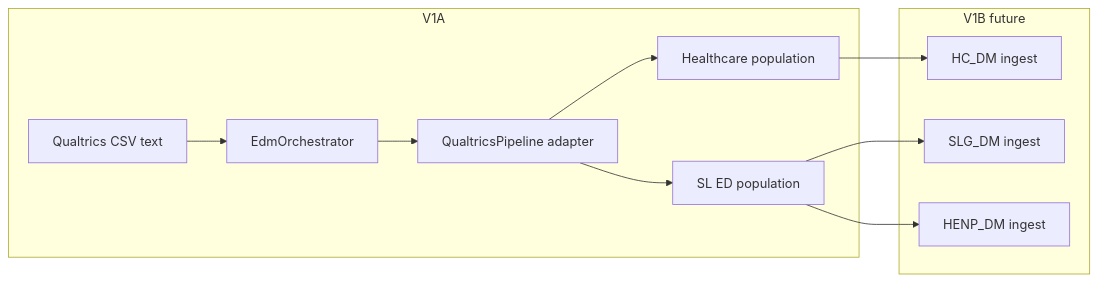
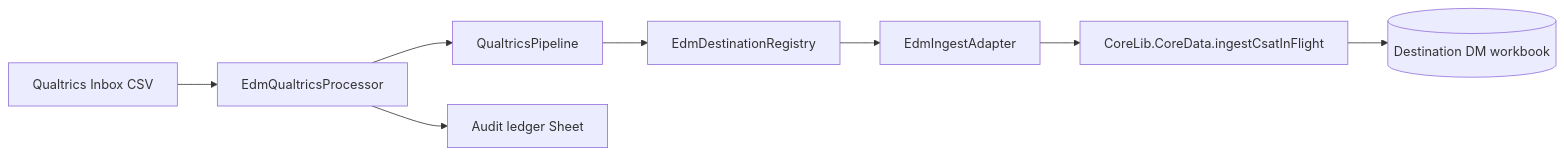
Before and after one commit to jditty75/pm_industry_apps: the diagram in docs/agent/external-data-manager.md, drawn with Mermaid. The commit also changed other lines of this file and 18 other files, not shown here.

First line of the commit message:
feat(external-data-manager): add Qualtrics Drive inbox V1B orchestration

````diff
--- a/docs/agent/external-data-manager.md
+++ b/docs/agent/external-data-manager.md
@@ -19,16 +19,15 @@
 ```mermaid
 flowchart LR
-  subgraph v1a [V1A]
-    CSV[Qualtrics CSV text]
-    ORCH[EdmOrchestrator]
-    ADP[QualtricsPipeline adapter]
-    CSV --> ORCH --> ADP
-    ADP --> HC[Healthcare population]
-    ADP --> SL[SL ED population]
-  end
-  subgraph v1b [V1B future]
-    HC --> ING_HC[HC_DM ingest]
-    SL --> ING_SLG[SLG_DM ingest]
-    SL --> ING_HENP[HENP_DM ingest]
-  end
+  INBOX[Qualtrics Inbox CSV]
+  PROC[EdmQualtricsProcessor]
+  NORM[QualtricsPipeline]
+  REG[EdmDestinationRegistry]
+  ADP[EdmIngestAdapter]
+  DM[CoreLib.CoreData.ingestCsatInFlight]
+  WB[(Destination DM workbook)]
+  LED[Audit ledger Sheet]
+  INBOX --> PROC --> NORM
+  NORM --> REG
+  REG --> ADP --> DM --> WB
+  PROC --> LED
 ```
````
